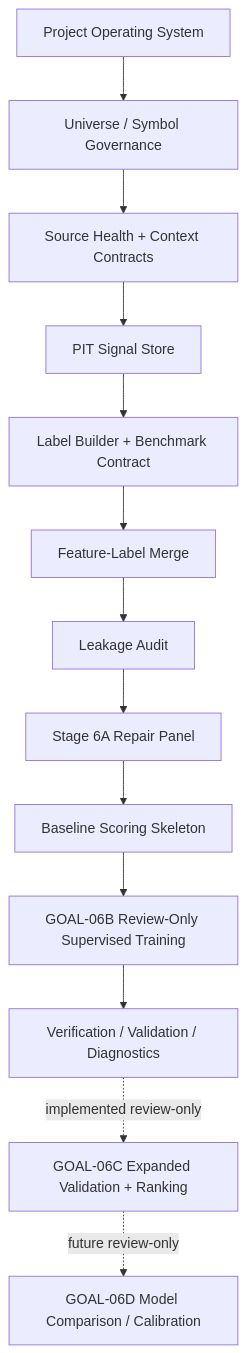
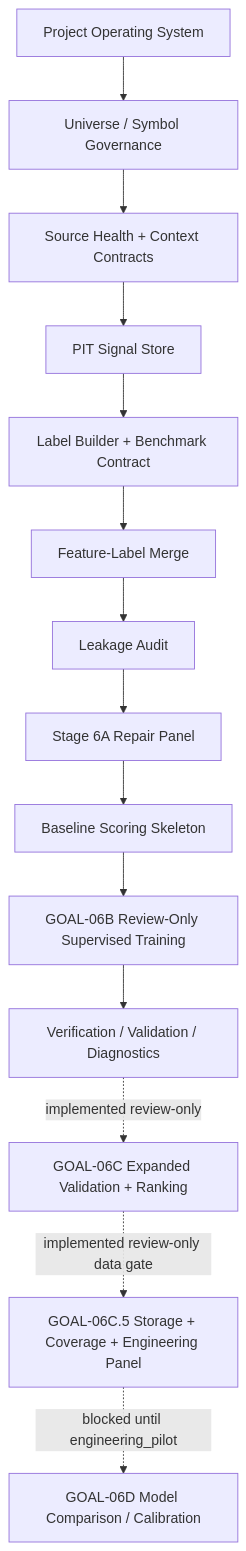
One commit to RyanLu0203/A_share_premarket_core changed the diagram in docs/10_PROGRAM_ROADMAP_AND_ARCHITECTURE.md. Above: the diagram before and after it, drawn with Mermaid. The commit also changed other lines of this file and 96 other files, not shown here.

Commit message:
Add GOAL-06C.5 engineering data coverage gate

````diff
--- a/docs/10_PROGRAM_ROADMAP_AND_ARCHITECTURE.md
+++ b/docs/10_PROGRAM_ROADMAP_AND_ARCHITECTURE.md
@@ -11,15 +11,16 @@
 ```mermaid
 flowchart TD
     A["Project Operating System"] --> B["Universe / Symbol Governance"]
     B --> C["Source Health + Context Contracts"]
     C --> D["PIT Signal Store"]
     D --> E["Label Builder + Benchmark Contract"]
     E --> F["Feature-Label Merge"]
     F --> G["Leakage Audit"]
     G --> H["Stage 6A Repair Panel"]
     H --> I["Baseline Scoring Skeleton"]
     I --> J["GOAL-06B Review-Only Supervised Training"]
     J --> K["Verification / Validation / Diagnostics"]
     K -. "implemented review-only" .-> L["GOAL-06C Expanded Validation + Ranking"]
-    L -. "future review-only" .-> M["GOAL-06D Model Comparison / Calibration"]
+    L -. "implemented review-only data gate" .-> N["GOAL-06C.5 Storage + Coverage + Engineering Panel"]
+    N -. "blocked until engineering_pilot" .-> M["GOAL-06D Model Comparison / Calibration"]
 ```
````
